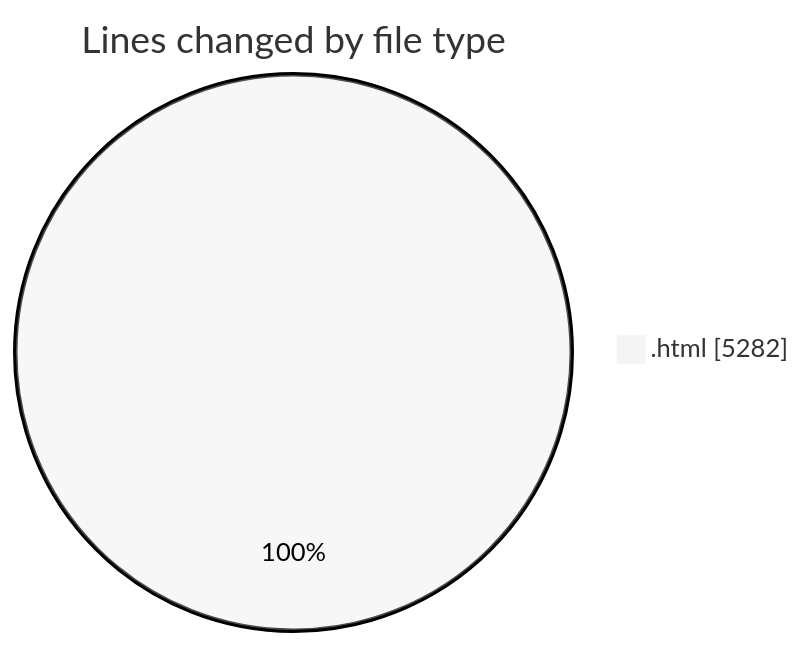
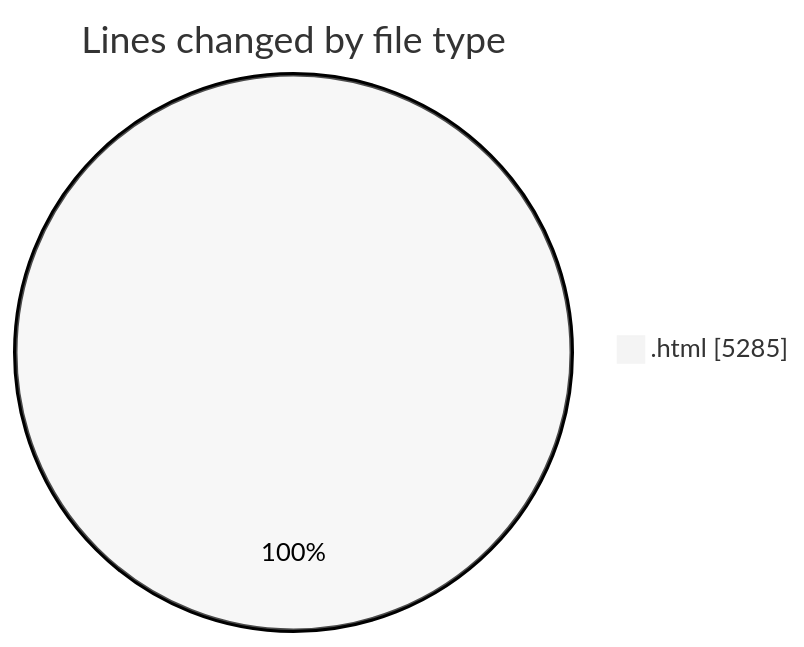
The first of 2 diagrams in 2025-06-17/projects/README.md (Ritupan-Deka/code-tracking), drawn with Mermaid (neutral theme) before and after one commit. The commit also changed other lines of this file and 1 other file, not shown here.

````diff
--- a/2025-06-17/projects/README.md
+++ b/2025-06-17/projects/README.md
@@ -21,5 +21,5 @@
 ```mermaid
 pie showData
 title Lines changed by file type
-".html" : 5282
+".html" : 5285
 ```
````
